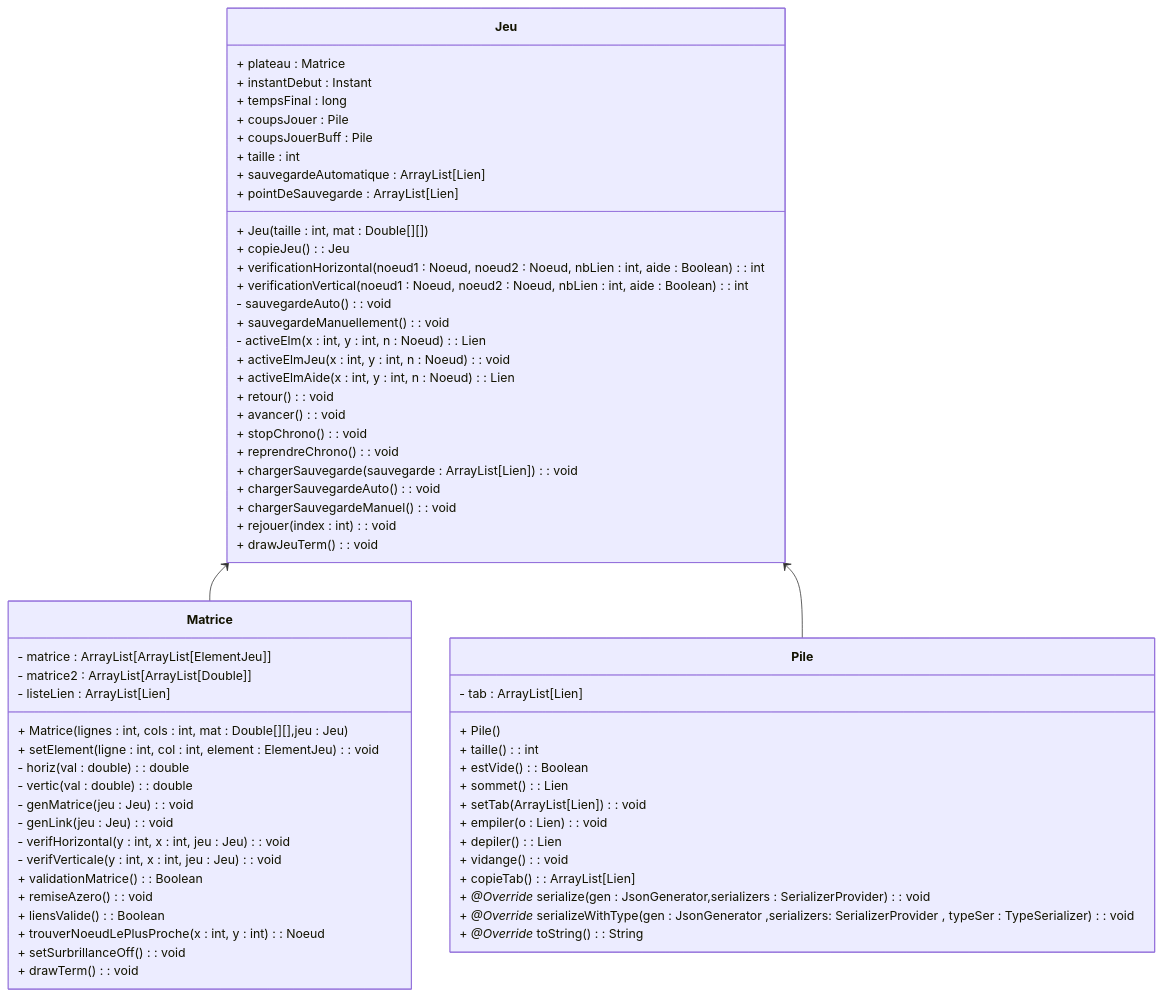
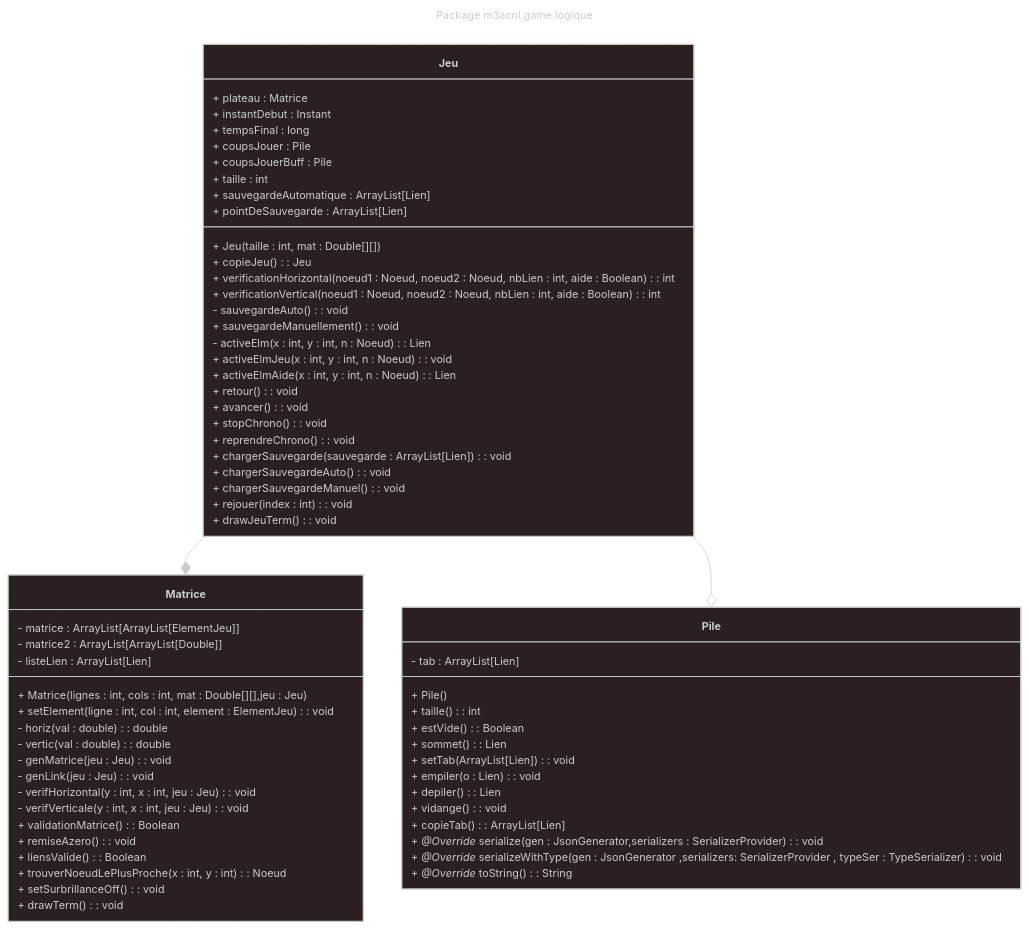
Before and after one commit to Gr4-M3ACNL/documents: the diagram in DiagrammeClasse/game-logique.mmd, drawn with Mermaid. The commit also changed 9 other files, not shown here.

Commit message:
docs: diagrame

```diff
--- a/DiagrammeClasse/game-logique.mmd
+++ b/DiagrammeClasse/game-logique.mmd
@@ -1,67 +1,73 @@
+---
+config:
+  theme: neo-dark
+title: Package m3acnl.game.logique
+---
+
 classDiagram
 direction TB
     class Matrice{
         - matrice : ArrayList[ArrayList[ElementJeu]]
         - matrice2 : ArrayList[ArrayList[Double]]
         - listeLien : ArrayList[Lien]
         + Matrice(lignes : int, cols : int, mat : Double[][],jeu : Jeu)
         + setElement(ligne : int, col : int, element : ElementJeu) : void
         - horiz(val : double) : double
         - vertic(val : double) : double
         - genMatrice(jeu : Jeu) : void
         - genLink(jeu : Jeu) : void
         - verifHorizontal(y : int, x : int, jeu : Jeu) : void
         - verifVerticale(y : int, x : int, jeu : Jeu) : void
         + validationMatrice() : Boolean
         + remiseAzero() : void
         + liensValide() : Boolean
         + trouverNoeudLePlusProche(x : int, y : int) : Noeud
         + setSurbrillanceOff() : void
         + drawTerm() : void
 
     }
     class Pile{
         - tab : ArrayList[Lien]
         + Pile()
         + taille() : int
         + estVide() : Boolean
         + sommet() : Lien
         + setTab(ArrayList[Lien]) : void
         + empiler(o : Lien) : void
         + depiler() : Lien
         + vidange() : void
         + copieTab() : ArrayList[Lien]
         + *@Override* serialize(gen : JsonGenerator,serializers : SerializerProvider ) : void
         + *@Override* serializeWithType(gen : JsonGenerator ,serializers: SerializerProvider , typeSer : TypeSerializer ) : void
         + *@Override* toString() : String
     }
     class Jeu{
         + plateau : Matrice
         + instantDebut : Instant
         + tempsFinal : long
         + coupsJouer : Pile
         + coupsJouerBuff : Pile
         + taille : int
         + sauvegardeAutomatique : ArrayList[Lien]
         + pointDeSauvegarde : ArrayList[Lien]
         + Jeu(taille : int, mat : Double[][])
         + copieJeu() : Jeu
         + verificationHorizontal(noeud1 : Noeud, noeud2 : Noeud, nbLien : int, aide : Boolean) : int
         + verificationVertical(noeud1 : Noeud, noeud2 : Noeud, nbLien : int, aide : Boolean) : int
         - sauvegardeAuto() : void
         + sauvegardeManuellement() : void
         - activeElm(x : int, y : int, n : Noeud) : Lien
         + activeElmJeu(x : int, y : int, n : Noeud) : void
         + activeElmAide(x : int, y : int, n : Noeud) : Lien
         + retour() : void
         + avancer() : void
         + stopChrono() : void
         + reprendreChrono() : void
         + chargerSauvegarde(sauvegarde : ArrayList[Lien]) : void
         + chargerSauvegardeAuto() : void
         + chargerSauvegardeManuel() : void
         + rejouer(index : int) : void
         + drawJeuTerm() : void
     }
-    Jeu <-- Matrice
-    Jeu <-- Pile
+    Jeu --* Matrice
+    Jeu --o Pile
```
